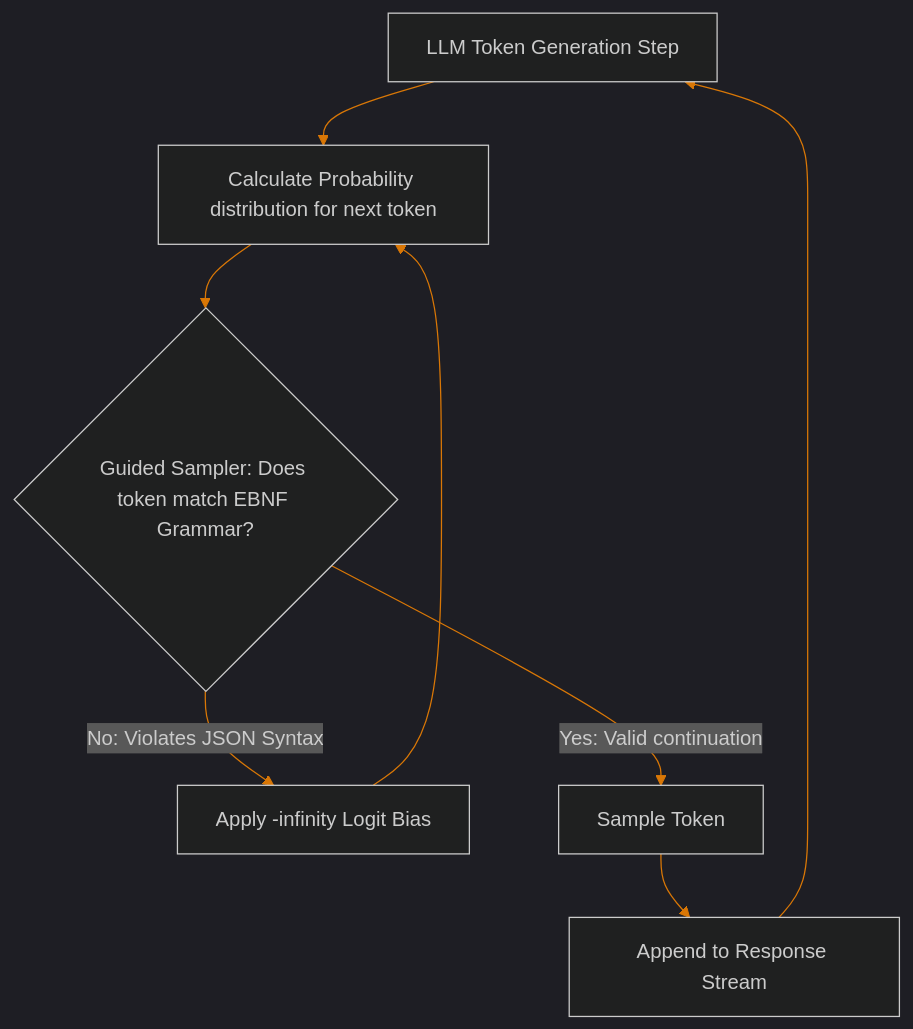
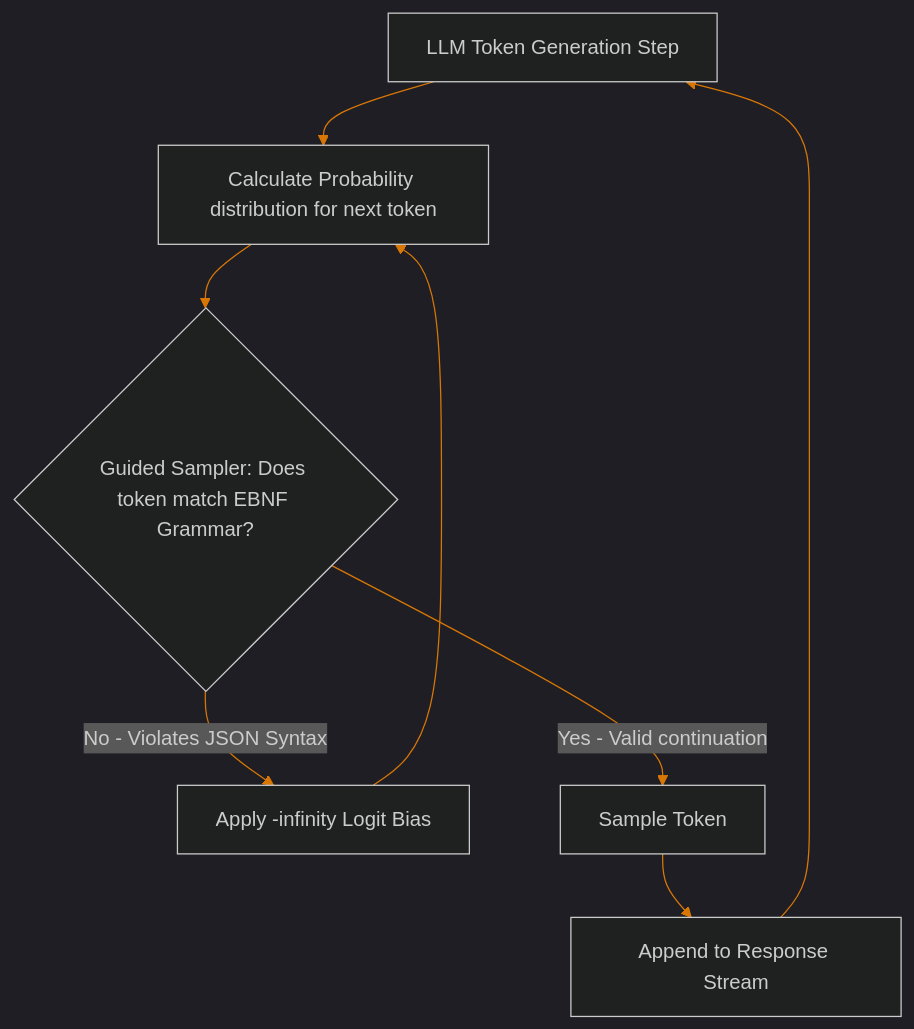
The diagram in blog/posts/hardening-structured-llm-outputs-context-free-grammars.md (akmalkhaniub/akmalkhaniub.github.io), drawn with Mermaid before and after one commit. The commit also changed 411 other files, not shown here.

````diff
--- a/blog/posts/hardening-structured-llm-outputs-context-free-grammars.md
+++ b/blog/posts/hardening-structured-llm-outputs-context-free-grammars.md
@@ -15,13 +15,13 @@
 ```mermaid
 %%{init: {'theme': 'dark', 'themeVariables': { 'primaryColor': '#d97706', 'primaryTextColor': '#f3f4f6', 'primaryBorderColor': '#f59e0b', 'lineColor': '#d97706', 'secondaryColor': '#111827', 'tertiaryColor': '#0b0f19'}}}%%
 flowchart TD
     Prompt[LLM Token Generation Step] --> Logits[Calculate Probability distribution for next token]
     Logits --> Filter{Guided Sampler: Does token match EBNF Grammar?}
     
-    Filter -->|No: Violates JSON Syntax| Mask[Apply -infinity Logit Bias]
+    Filter -->|No - Violates JSON Syntax| Mask[Apply -infinity Logit Bias]
     Mask --> Logits
     
-    Filter -->|Yes: Valid continuation| Sample[Sample Token]
+    Filter -->|Yes - Valid continuation| Sample[Sample Token]
     Sample --> Append[Append to Response Stream]
     Append --> Prompt
 ```
````
